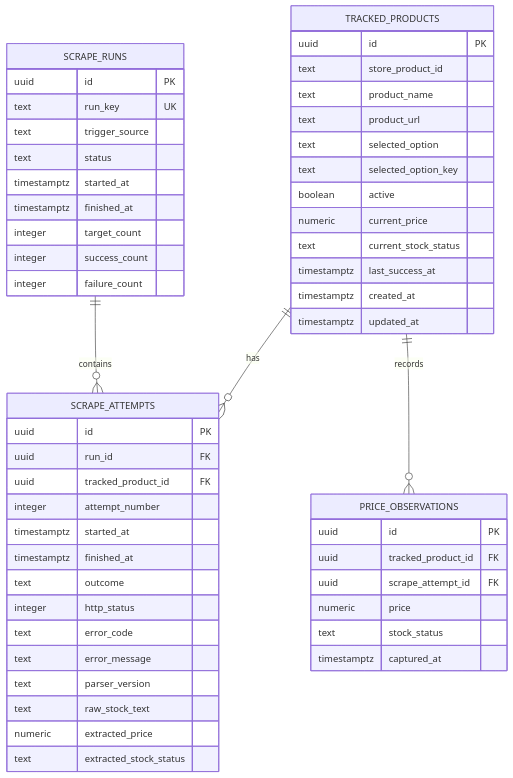
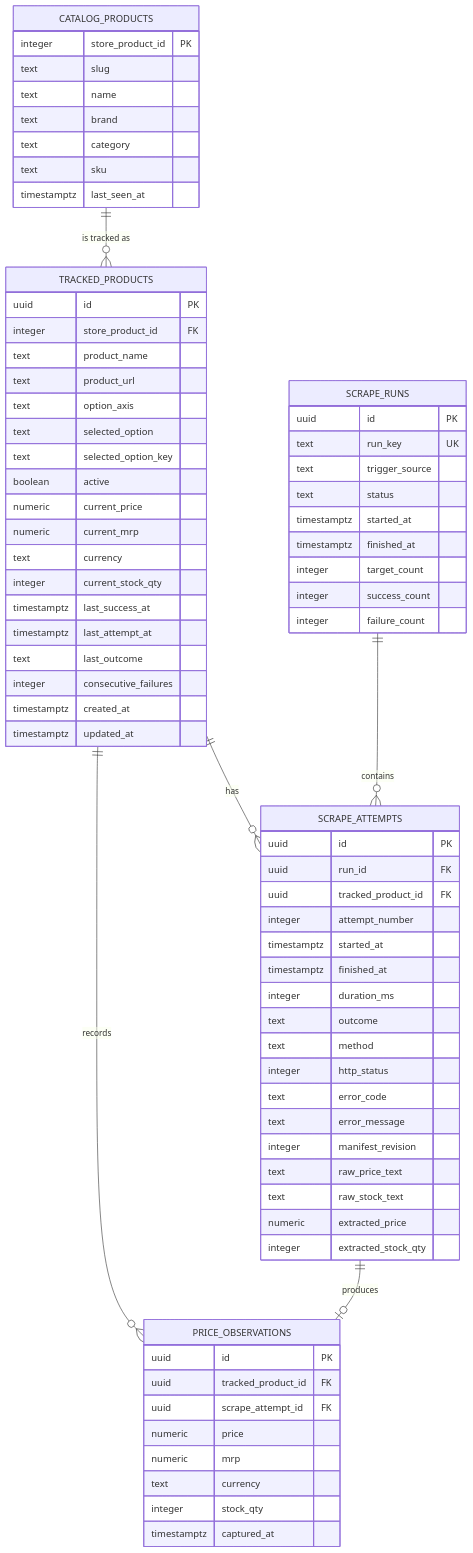
Before and after one commit to bipul724/price-tracker: the diagram in docs/database.md, drawn with Mermaid. The commit also changed other lines of this file and 8 other files, not shown here.

````diff
--- a/docs/database.md
+++ b/docs/database.md
@@ -11,59 +13,82 @@
 ```mermaid
 erDiagram
+    CATALOG_PRODUCTS ||--o{ TRACKED_PRODUCTS : "is tracked as"
     TRACKED_PRODUCTS ||--o{ SCRAPE_ATTEMPTS : has
     TRACKED_PRODUCTS ||--o{ PRICE_OBSERVATIONS : records
     SCRAPE_RUNS ||--o{ SCRAPE_ATTEMPTS : contains
+    SCRAPE_ATTEMPTS ||--o| PRICE_OBSERVATIONS : produces
+
+    CATALOG_PRODUCTS {
+        integer store_product_id PK
+        text slug
+        text name
+        text brand
+        text category
+        text sku
+        timestamptz last_seen_at
+    }
 
     TRACKED_PRODUCTS {
         uuid id PK
-        text store_product_id
+        integer store_product_id FK
         text product_name
         text product_url
+        text option_axis
         text selected_option
         text selected_option_key
         boolean active
         numeric current_price
-        text current_stock_status
+        numeric current_mrp
+        text currency
+        integer current_stock_qty
         timestamptz last_success_at
+        timestamptz last_attempt_at
+        text last_outcome
+        integer consecutive_failures
         timestamptz created_at
         timestamptz updated_at
     }
 
     SCRAPE_RUNS {
         uuid id PK
         text run_key UK
         text trigger_source
         text status
         timestamptz started_at
         timestamptz finished_at
         integer target_count
         integer success_count
         integer failure_count
     }
 
     SCRAPE_ATTEMPTS {
         uuid id PK
         uuid run_id FK
         uuid tracked_product_id FK
         integer attempt_number
         timestamptz started_at
         timestamptz finished_at
+        integer duration_ms
         text outcome
+        text method
         integer http_status
         text error_code
         text error_message
-        text parser_version
+        integer manifest_revision
+        text raw_price_text
         text raw_stock_text
         numeric extracted_price
-        text extracted_stock_status
+        integer extracted_stock_qty
     }
 
     PRICE_OBSERVATIONS {
         uuid id PK
         uuid tracked_product_id FK
         uuid scrape_attempt_id FK
         numeric price
-        text stock_status
+        numeric mrp
+        text currency
+        integer stock_qty
         timestamptz captured_at
     }
 ```
````
